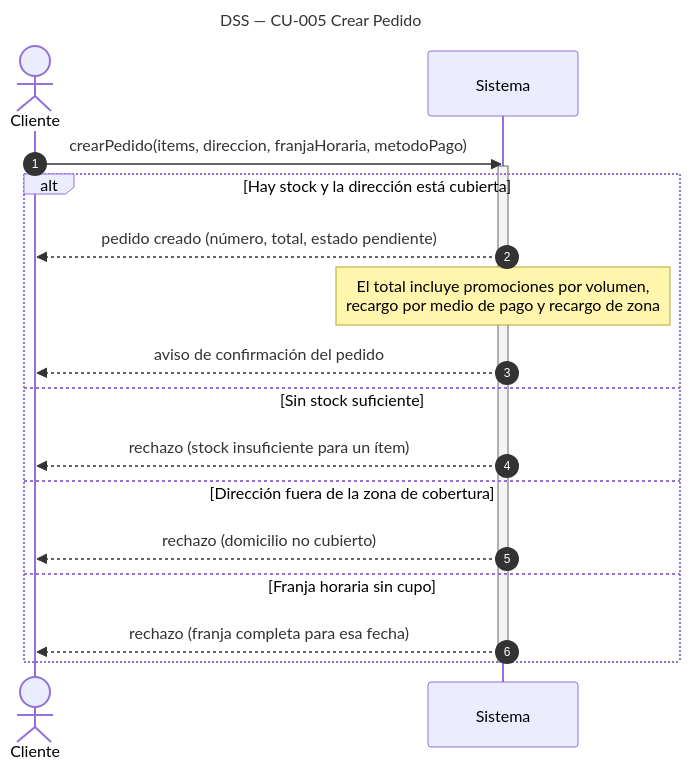
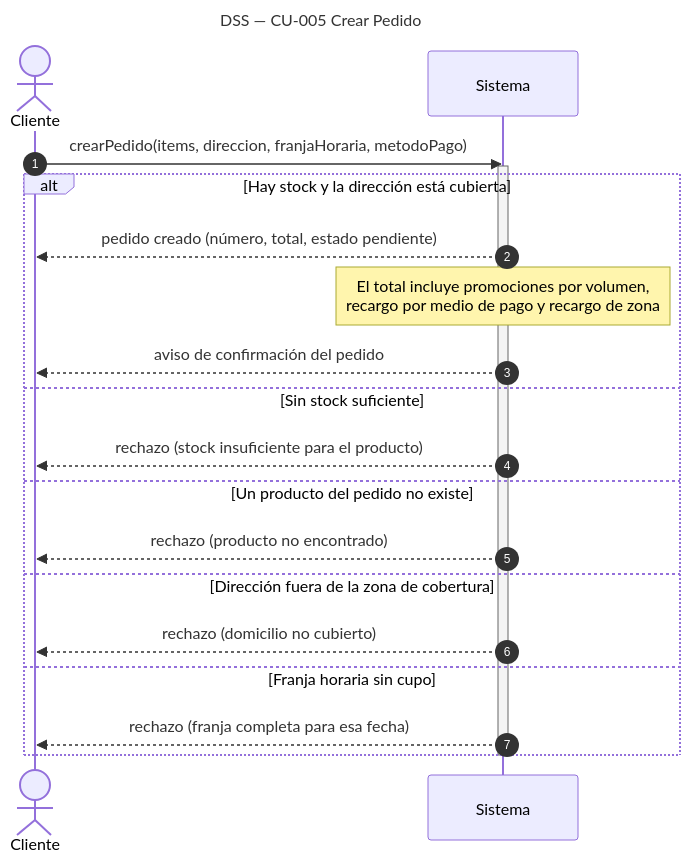
Before and after one commit to Nahuelito-Dev/splg-docs: the diagram in diagramas/DSS_CU-005_Crear-Pedido.mmd, drawn with Mermaid. The commit also changed 53 other files, not shown here.

```diff
--- a/diagramas/DSS_CU-005_Crear-Pedido.mmd
+++ b/diagramas/DSS_CU-005_Crear-Pedido.mmd
@@ -1,20 +1,22 @@
 sequenceDiagram
     title DSS — CU-005 Crear Pedido
     autonumber
     actor CLI as Cliente
     participant SIS as Sistema
 
     CLI->>SIS: crearPedido(items, direccion, franjaHoraria, metodoPago)
     activate SIS
     alt Hay stock y la dirección está cubierta
         SIS-->>CLI: pedido creado (número, total, estado pendiente)
         Note over SIS: El total incluye promociones por volumen,<br/>recargo por medio de pago y recargo de zona
         SIS-->>CLI: aviso de confirmación del pedido
     else Sin stock suficiente
-        SIS-->>CLI: rechazo (stock insuficiente para un ítem)
+        SIS-->>CLI: rechazo (stock insuficiente para el producto)
+    else Un producto del pedido no existe
+        SIS-->>CLI: rechazo (producto no encontrado)
     else Dirección fuera de la zona de cobertura
         SIS-->>CLI: rechazo (domicilio no cubierto)
     else Franja horaria sin cupo
         SIS-->>CLI: rechazo (franja completa para esa fecha)
     end
     deactivate SIS
```
